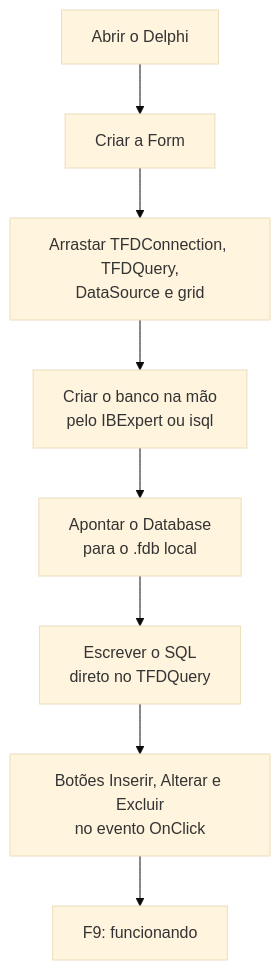
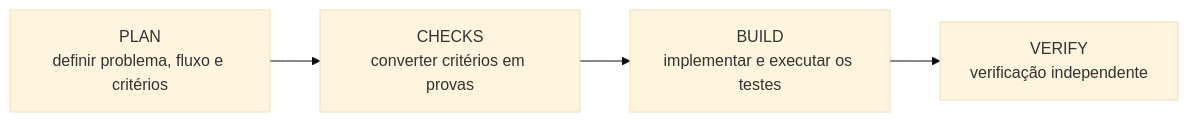
One commit to jsousaliz/cadcli changed the first of 2 diagrams in README.md. Above: the diagram before and after it, drawn with Mermaid (base theme). The commit also changed other lines of this file and 17 other files, not shown here.

````diff
--- a/README.md
+++ b/README.md
@@ -83,10 +39,6 @@
 ```mermaid
-flowchart TD
-    A[Abrir o Delphi] --> B[Criar a Form]
-    B --> C[Arrastar TFDConnection, TFDQuery,<br/>DataSource e grid]
-    C --> D[Criar o banco na mão<br/>pelo IBExpert ou isql]
-    D --> E[Apontar o Database<br/>para o .fdb local]
-    E --> F[Escrever o SQL<br/>direto no TFDQuery]
-    F --> G[Botões Inserir, Alterar e Excluir<br/>no evento OnClick]
-    G --> H[F9: funcionando]
+flowchart LR
+    P[PLAN<br/>definir problema, fluxo e critérios] --> C[CHECKS<br/>converter critérios em provas]
+    C --> B[BUILD<br/>implementar e executar os testes]
+    B --> V[VERIFY<br/>verificação independente]
 ```
````
